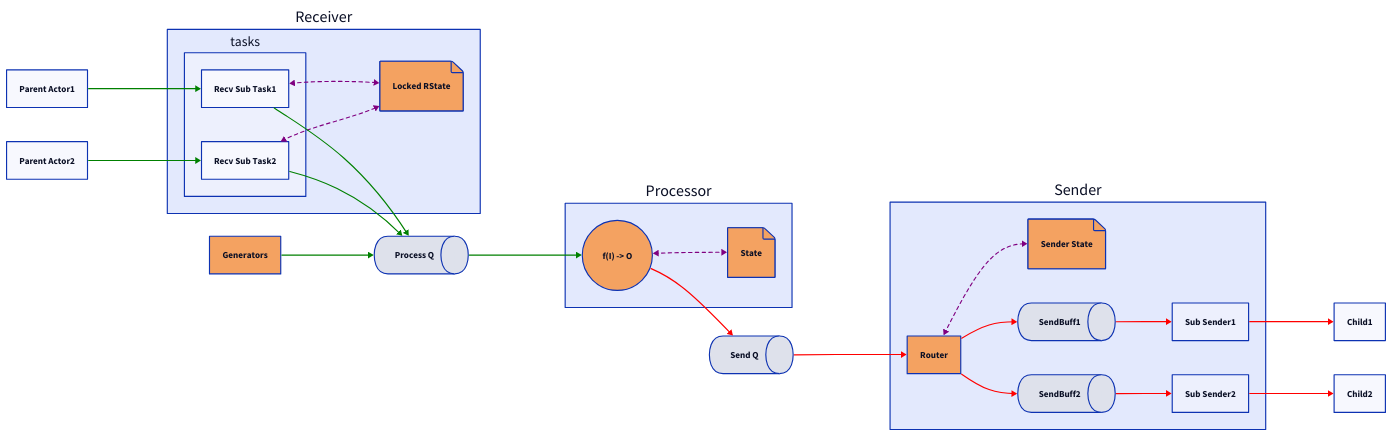
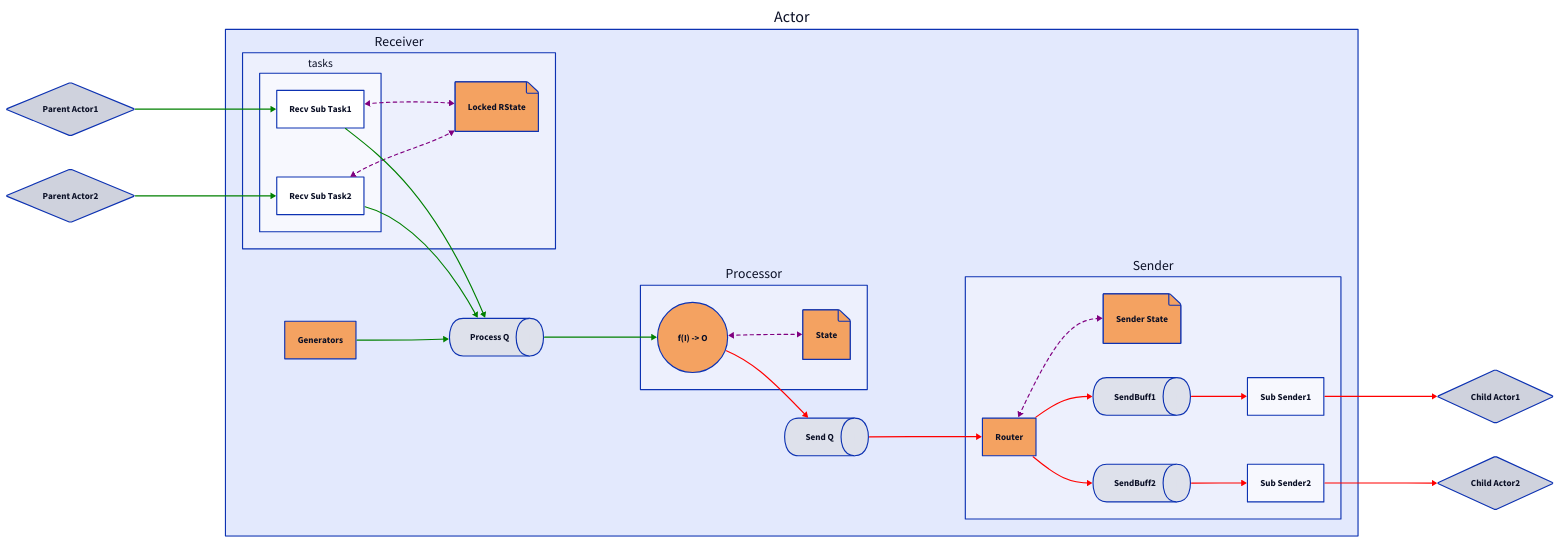
One commit to mxdvf/reactor changed the diagram in docs/hld.d2. Above: the diagram before and after it, drawn with D2. The commit also changed 24 other files, not shown here.

```diff
--- a/docs/hld.d2
+++ b/docs/hld.d2
@@ -1,134 +1,148 @@
 direction: right
 
 vars: {
   d2-legend: {
     b: UserProvided {
       shape: rectangle
       style.fill: "#f4a261"
     }
   }
 }
 
 classes: {
   state: {
       shape: page
       style.fill: "#f4a261"
   }
   in_edge: {
     style: {
       stroke: "green"
     }
   }
   out_edge: {
     style: {
       stroke: "red"
     }
   }
   rw_edge: {
     style: {
       stroke: "purple"
       stroke-dash: 3
     }
   }
 }
 
+actor: "Actor"
+
 # Parents
-parent1: "Parent Actor1"
-parent2: "Parent Actor2"
+parent1: "Parent Actor1" {
+  shape: "diamond"
+}
+parent2: "Parent Actor2" {
+  shape: "diamond"
+}
 
 # Recv to Processor
-recv: "Receiver"
-gen: "Generators"
-gen.style.fill: "#f4a261"
+actor.recv: "Receiver"
+actor.gen: "Generators"
+actor.gen.style.fill: "#f4a261"
 
-proc_q: "Process Q"
-proc_q.shape: queue
+actor.proc_q: "Process Q"
+actor.proc_q.shape: queue
 
-recv.state: "Locked RState"
-recv.state.class: state
-recv.tasks
-recv.tasks.sub1: "Recv Sub Task1"
-recv.tasks.sub2: "Recv Sub Task2"
+actor.recv.state: "Locked RState"
+actor.recv.state.class: state
+actor.recv.tasks
+actor.recv.tasks.sub1: "Recv Sub Task1"
+actor.recv.tasks.sub2: "Recv Sub Task2"
 
-parent1 -> recv.tasks.sub1 {
+parent1 -> actor.recv.tasks.sub1 {
   class: in_edge
 }
-parent2 -> recv.tasks.sub2{
+parent2 ->actor.recv.tasks.sub2{
   class: in_edge
 }
 
-recv.tasks.sub1 <-> recv.state {
+actor.recv.tasks.sub1 <-> actor.recv.state {
   class: rw_edge
 }
-recv.tasks.sub2 <-> recv.state {
+actor.recv.tasks.sub2 <-> actor.recv.state {
   class: rw_edge
 }
 
-recv.tasks.sub1 -> proc_q{
+actor.recv.tasks.sub1 -> actor.proc_q{
   class: in_edge
 }
-recv.tasks.sub2 -> proc_q{
+actor.recv.tasks.sub2 -> actor.proc_q{
   class: in_edge
 }
-gen -> proc_q{
+actor.gen -> actor.proc_q{
   class: in_edge
 }
 
 # Processor to Send
-proc: "Processor"
-proc.state: "State"
-proc.state.class: state
-proc.fn: "f(I) -> O"
-proc.fn.shape: circle
-proc_q -> proc.fn {
+actor.proc: "Processor"
+actor.proc.state: "State"
+actor.proc.state.class: state
+actor.proc.fn: "f(I) -> O"
+actor.proc.fn.shape: circle
+actor.proc_q -> actor.proc.fn {
   class: in_edge
 }
-proc.fn -> send_q {
+actor.proc.fn -> actor.send_q {
   class: out_edge
 }
-proc.fn <-> proc.state {
+actor.proc.fn <-> actor.proc.state {
   class: rw_edge 
 }
-proc.fn.style.fill: "#f4a261"
+actor.proc.fn.style.fill: "#f4a261"
 
-send_q: "Send Q"
-send_q.shape: queue
+actor.send_q: "Send Q"
+actor.send_q.shape: queue
 
 # Send to Actor
-sender: "Sender"
-sender.state: "Sender State"
-sender.state.class: state
-sender.router: "Router"
-sender.router.style.fill: "#f4a261"
-send_q -> sender.router {
+actor.sender: "Sender"
+actor.sender.state: "Sender State"
+actor.sender.state.class: state
+actor.sender.router: "Router"
+actor.sender.router.style.fill: "#f4a261"
+actor.send_q -> actor.sender.router {
   class: out_edge
 }
-sender.router <-> sender.state{
+actor.sender.router <-> actor.sender.state{
   class: rw_edge
 }
 
-sender.send_buff1: "SendBuff1"
-sender.send_buff2: "SendBuff2"
-sender.send_buff1.shape: queue
-sender.send_buff2.shape: queue
-sender.router -> sender.send_buff1 {
+actor.sender.send_buff1: "SendBuff1"
+actor.sender.send_buff2: "SendBuff2"
+actor.sender.send_buff1.shape: queue
+actor.sender.send_buff2.shape: queue
+actor.sender.router -> actor.sender.send_buff1 {
   class: out_edge
 }
-sender.router -> sender.send_buff2{
+actor.sender.router -> actor.sender.send_buff2{
   class: out_edge
 }
-sender.sub1: "Sub Sender1"
-sender.sub2: "Sub Sender2"
-sender.send_buff1 -> sender.sub1{
+actor.sender.sub1: "Sub Sender1"
+actor.sender.sub2: "Sub Sender2"
+actor.sender.send_buff1 -> actor.sender.sub1{
   class: out_edge
 }
-sender.send_buff2 -> sender.sub2{
+actor.sender.send_buff2 -> actor.sender.sub2{
   class: out_edge
 }
 
-sender.sub1 -> Child1{
+actor.sender.sub1 -> child1{
   class: out_edge
 }
-sender.sub2 -> Child2{
+actor.sender.sub2 -> child2{
   class: out_edge
 }
+
+# Parents
+child1: "Child Actor1" {
+  shape: "diamond"
+}
+child2: "Child Actor2" {
+  shape: "diamond"
+}
```
